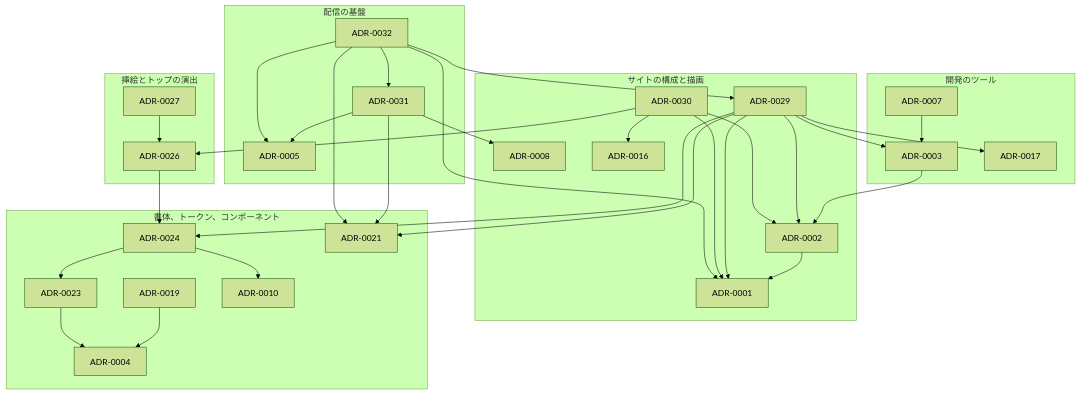
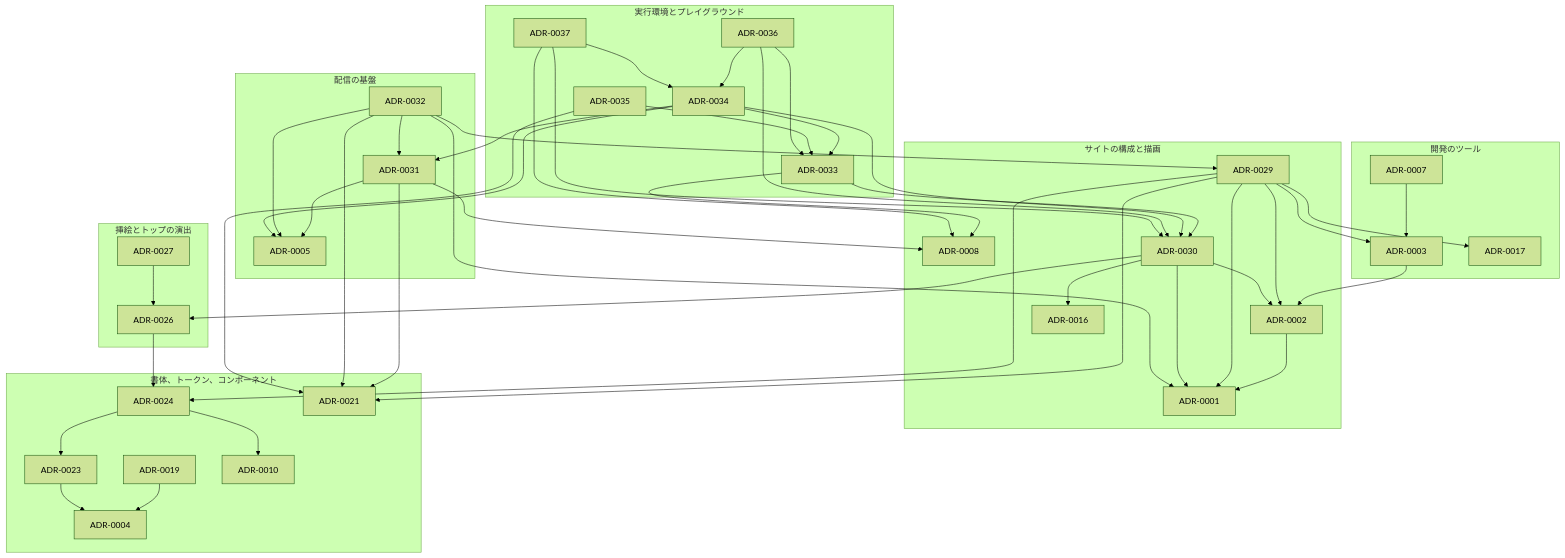
One commit to Fukuemon/fukuemon.dev changed the diagram in adr/index.md. Above: the diagram before and after it, drawn with Mermaid (forest theme). The commit also changed other lines of this file and 5 other files, not shown here.

Commit message:
docs(adr): ADR-0033〜0037 を承認し、索引の話題の表と依存の図に足す #34

````diff
--- a/adr/index.md
+++ b/adr/index.md
@@ -83,60 +80,81 @@
 ```mermaid
 flowchart TB
   subgraph site["サイトの構成と描画"]
     A0001["ADR-0001"]
     A0002["ADR-0002"]
     A0008["ADR-0008"]
     A0016["ADR-0016"]
     A0029["ADR-0029"]
     A0030["ADR-0030"]
   end
   subgraph tools["開発のツール"]
     A0003["ADR-0003"]
     A0007["ADR-0007"]
     A0017["ADR-0017"]
   end
   subgraph infra["配信の基盤"]
     A0005["ADR-0005"]
     A0031["ADR-0031"]
     A0032["ADR-0032"]
   end
   subgraph design["書体、トークン、コンポーネント"]
     A0004["ADR-0004"]
     A0019["ADR-0019"]
     A0023["ADR-0023"]
     A0010["ADR-0010"]
     A0024["ADR-0024"]
     A0021["ADR-0021"]
   end
   subgraph top["挿絵とトップの演出"]
     A0026["ADR-0026"]
     A0027["ADR-0027"]
   end
+  subgraph runtime["実行環境とプレイグラウンド"]
+    A0033["ADR-0033"]
+    A0034["ADR-0034"]
+    A0035["ADR-0035"]
+    A0036["ADR-0036"]
+    A0037["ADR-0037"]
+  end
   A0002 --> A0001
   A0003 --> A0002
   A0007 --> A0003
   A0019 --> A0004
   A0023 --> A0004
   A0024 --> A0010
   A0024 --> A0023
   A0026 --> A0024
   A0027 --> A0026
   A0029 --> A0001
   A0029 --> A0002
   A0029 --> A0003
   A0029 --> A0017
   A0029 --> A0021
   A0029 --> A0024
   A0030 --> A0001
   A0030 --> A0002
   A0030 --> A0016
   A0030 --> A0026
   A0031 --> A0005
   A0031 --> A0008
   A0031 --> A0021
   A0032 --> A0001
   A0032 --> A0005
   A0032 --> A0021
   A0032 --> A0029
   A0032 --> A0031
+  A0033 --> A0008
+  A0033 --> A0030
+  A0034 --> A0005
+  A0034 --> A0030
+  A0034 --> A0031
+  A0034 --> A0033
+  A0035 --> A0021
+  A0035 --> A0033
+  A0036 --> A0030
+  A0036 --> A0033
+  A0036 --> A0034
+  A0037 --> A0008
+  A0037 --> A0030
+  A0037 --> A0034
 ```
````
